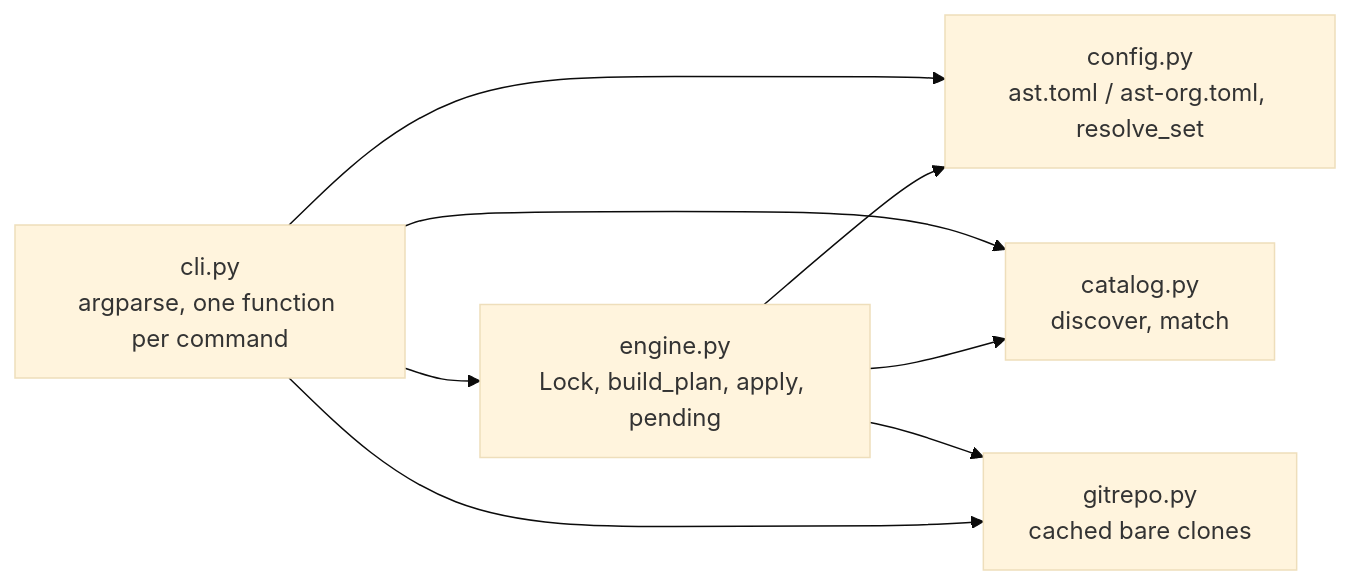
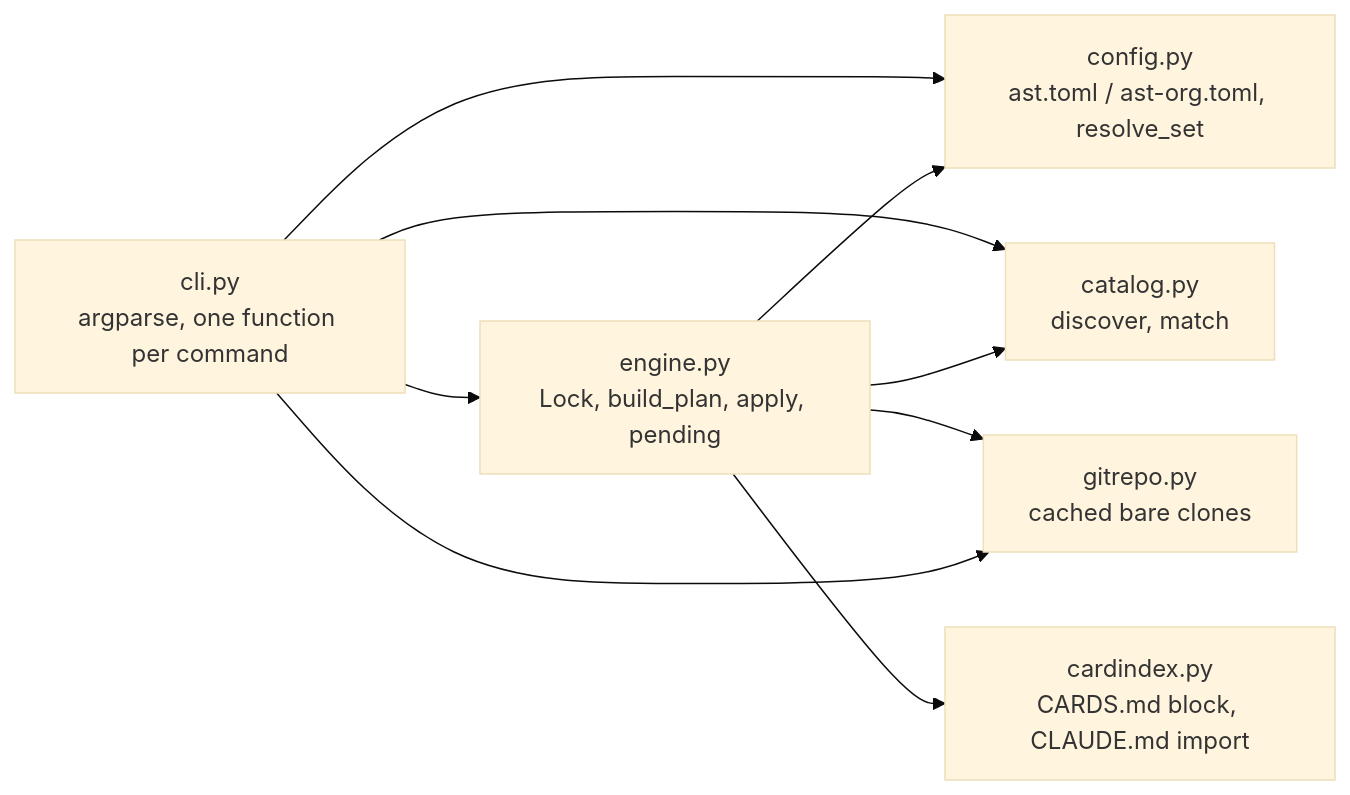
Before and after one commit to epatel/ai-setup-tool: the diagram in cards/architecture.md, drawn with Mermaid (base theme). The commit also changed other lines of this file and 10 other files, not shown here.

````diff
--- a/cards/architecture.md
+++ b/cards/architecture.md
@@ -5,10 +5,11 @@
 ```mermaid
 flowchart LR
     cli[cli.py<br>argparse, one function per command] --> config[config.py<br>ast.toml / ast-org.toml, resolve_set]
     cli --> engine[engine.py<br>Lock, build_plan, apply, pending]
     cli --> catalog[catalog.py<br>discover, match]
     engine --> config
     engine --> catalog
     engine --> gitrepo[gitrepo.py<br>cached bare clones]
     cli --> gitrepo
+    engine --> cardindex[cardindex.py<br>CARDS.md block, CLAUDE.md import]
 ```
````
